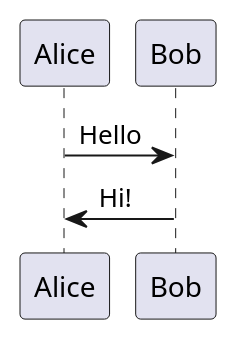
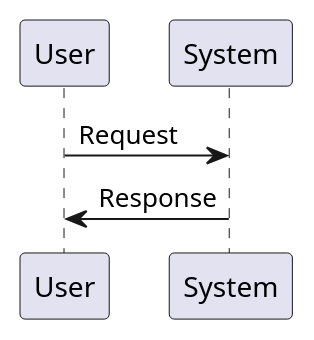
Before and after one commit to rgonek/confluence-markdown-sync: the second of 2 diagrams in Technical documentation (TD)/Test-Extensions.md, drawn with PlantUML. The commit also changed other lines of this file, not shown here.

````diff
--- a/Technical documentation (TD)/Test-Extensions.md
+++ b/Technical documentation (TD)/Test-Extensions.md
@@ -22,6 +21,8 @@
 ```plantuml
 @startuml
-Alice -> Bob: Hello
-Bob -> Alice: Hi!
+participant User
+participant System
+User -> System: Request
+System -> User: Response
 @enduml
 ```
````
